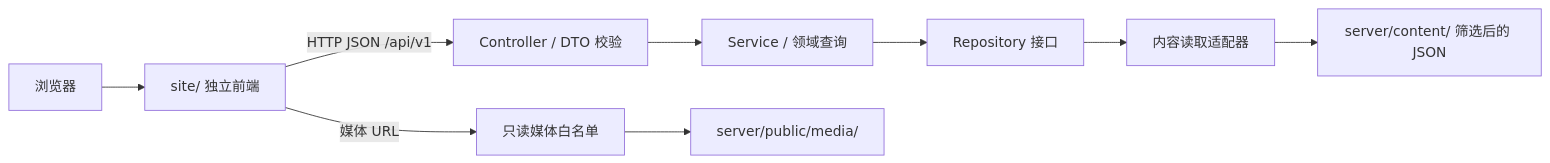
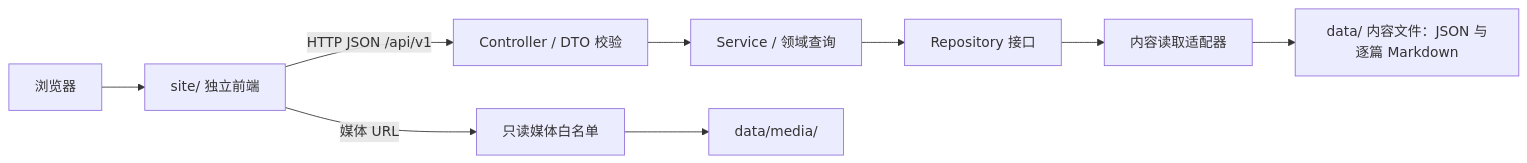
Before and after one commit to ZMJJKK123-hub/myself-blog: the diagram in docs/ARCHITECTURE.md, drawn with Mermaid. The commit also changed other lines of this file and 43 other files, not shown here.

First line of the commit message:
feat: move content to root data/ folder with dynamic categories

````diff
--- a/docs/ARCHITECTURE.md
+++ b/docs/ARCHITECTURE.md
@@ -9,11 +9,11 @@
 ```mermaid
 flowchart LR
   Browser[浏览器] --> Frontend[site/ 独立前端]
   Frontend -->|HTTP JSON /api/v1| Controller[Controller / DTO 校验]
   Controller --> Service[Service / 领域查询]
   Service --> Port[Repository 接口]
   Port --> Adapter[内容读取适配器]
-  Adapter --> Content[server/content/ 筛选后的 JSON]
+  Adapter --> Content[data/ 内容文件：JSON 与逐篇 Markdown]
   Frontend -->|媒体 URL| Media[只读媒体白名单]
-  Media --> Photos[server/public/media/]
+  Media --> Photos[data/media/]
 ```
````
